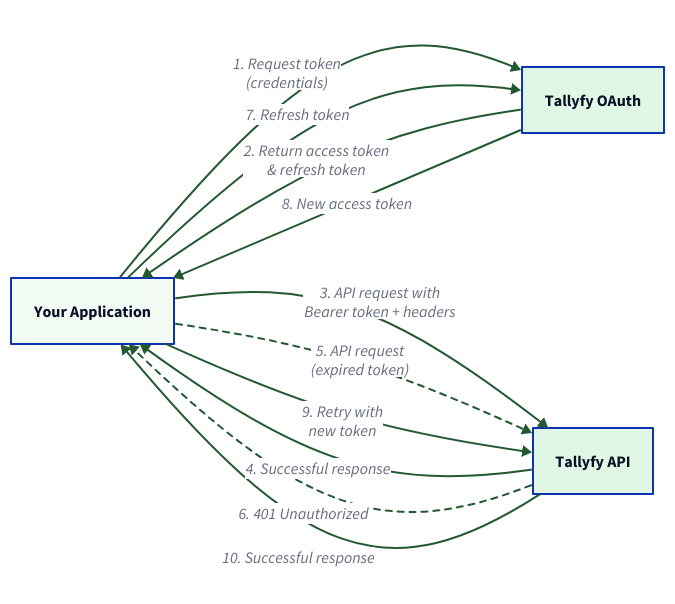
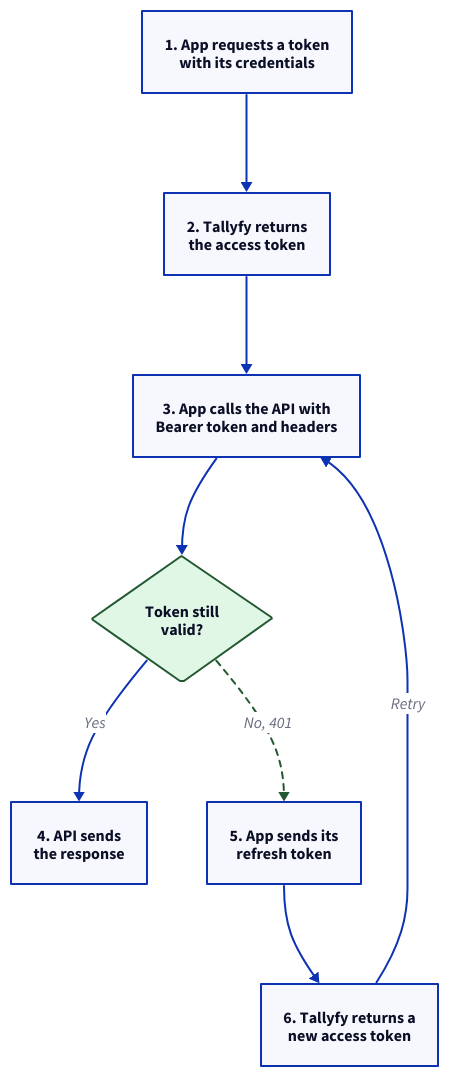
One commit to tallyfy/documentation changed the diagram in src/content/docs/pro/integrations/open-api/how-to-integrate-with-tallyfy-using-api.mdx. Above: the diagram before and after it, drawn with D2. The commit also changed other lines of this file and 14 other files, not shown here.

First line of the commit message:
Redraw 15 diagrams and remove 1 so their text reads at full size

````diff
--- a/src/content/docs/pro/integrations/open-api/how-to-integrate-with-tallyfy-using-api.mdx
+++ b/src/content/docs/pro/integrations/open-api/how-to-integrate-with-tallyfy-using-api.mdx
@@ -84,51 +84,25 @@
 ```d2
-direction: right
+# Getting, using and refreshing an API token
+direction: down
 
-App: Your Application {
-  shape: rectangle
-  style.fill: "#f2faf4"
-}
-
-Auth: Tallyfy OAuth {
-  shape: rectangle
+Req: "1. App requests a token\nwith its credentials"
+Tok: "2. Tallyfy returns\nthe access token"
+Call: "3. App calls the API with\nBearer token and headers"
+Valid: "Token still\nvalid?" {
+  shape: diamond
   style.fill: "#e1f7e6"
-}
-
-API: Tallyfy API {
-  shape: rectangle
-  style.fill: "#e1f7e6"
-}
-
-App -> Auth: "1. Request token\n(credentials)" {
   style.stroke: "#225930"
 }
-Auth -> App: "2. Return access token\n& refresh token" {
-  style.stroke: "#225930"
-}
-App -> API: "3. API request with\nBearer token + headers" {
-  style.stroke: "#225930"
-}
-API -> App: "4. Successful response" {
-  style.stroke: "#225930"
-}
-App -> API: "5. API request\n(expired token)" {
+OK: "4. API sends\nthe response"
+Ref: "5. App sends its\nrefresh token"
+New: "6. Tallyfy returns a\nnew access token"
+
+Req -> Tok -> Call -> Valid
+Valid -> OK: Yes
+Valid -> Ref: "No, 401" {
   style.stroke: "#225930"
   style.stroke-dash: 3
 }
-API -> App: "6. 401 Unauthorized" {
-  style.stroke: "#225930"
-  style.stroke-dash: 3
-}
-App -> Auth: "7. Refresh token" {
-  style.stroke: "#225930"
-}
-Auth -> App: "8. New access token" {
-  style.stroke: "#225930"
-}
-App -> API: "9. Retry with\nnew token" {
-  style.stroke: "#225930"
-}
-API -> App: "10. Successful response" {
-  style.stroke: "#225930"
-}
+Ref -> New
+New -> Call: Retry
 ```
````
